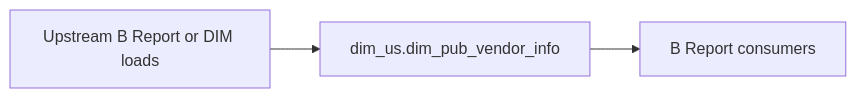
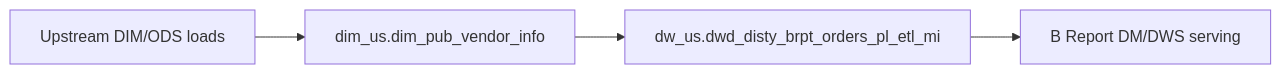
One commit to chengduhaha/data_agent changed the diagram in backend/defaults/b_report/workspace/target/knowledgebase/b-report-us/dim_pub_vendor_info.md. Above: the diagram before and after it, drawn with Mermaid. The commit also changed other lines of this file and 1108 other files, not shown here.

````diff
--- a/backend/defaults/b_report/workspace/target/knowledgebase/b-report-us/dim_pub_vendor_info.md
+++ b/backend/defaults/b_report/workspace/target/knowledgebase/b-report-us/dim_pub_vendor_info.md
@@ -142,8 +138,10 @@
 ```mermaid
 flowchart LR
-  upstream[Upstream B Report or DIM loads]
-  tgt["dim_us.dim_pub_vendor_info"]
-  brpt[B Report consumers]
-  upstream --> tgt
-  tgt --> brpt
+  upstream["Upstream DIM/ODS loads"]
+  dim["dim_us.dim_pub_vendor_info"]
+  hub["dw_us.dwd_disty_brpt_orders_pl_etl_mi"]
+  dm["B Report DM/DWS serving"]
+  upstream --> dim
+  dim --> hub
+  hub --> dm
 ```
````
